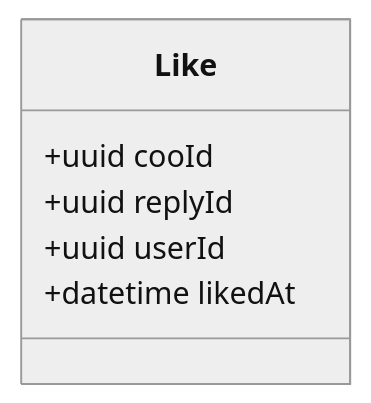
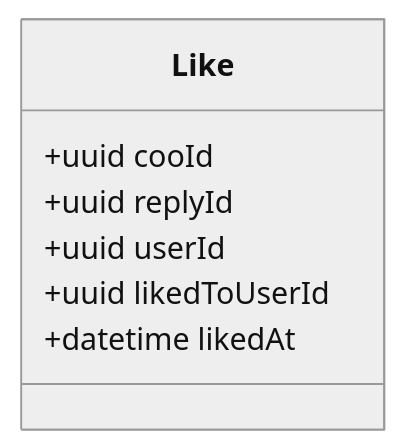
The fourth of 6 diagrams in poc/README.md (xshcoder/coo), drawn with Mermaid (neutral theme) before and after one commit. The commit also changed other lines of this file and 42 other files, not shown here.

````diff
--- a/poc/README.md
+++ b/poc/README.md
@@ -140,9 +143,10 @@
 ```mermaid
 classDiagram
     class Like {
         +uuid cooId
         +uuid replyId
         +uuid userId
+        +uuid likedToUserId
         +datetime likedAt
     }
 ```
````
